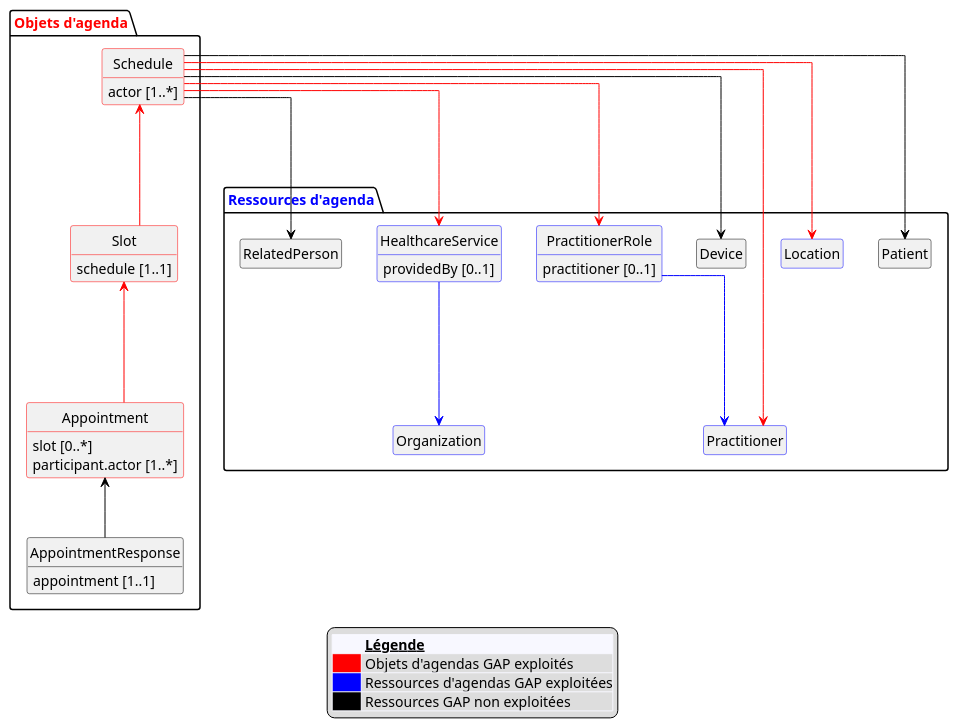
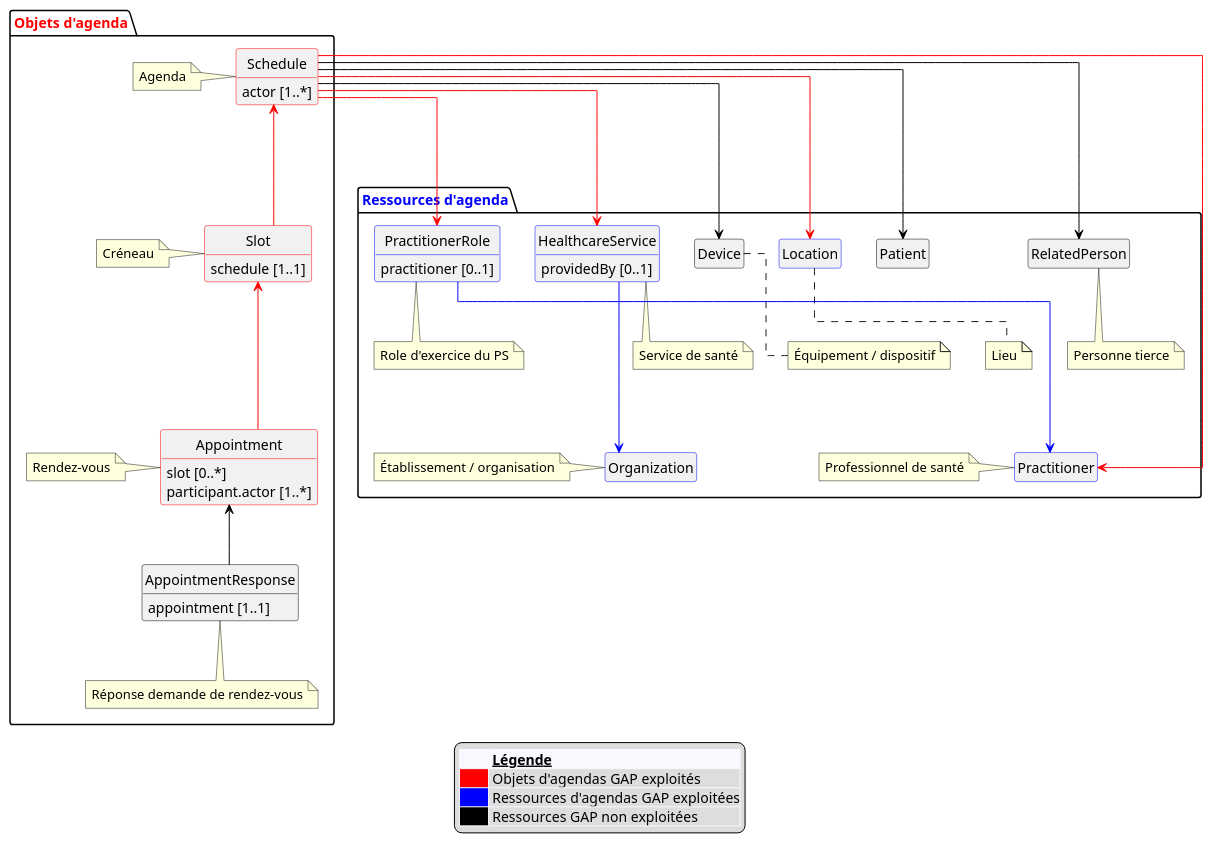
One commit to ansforge/IG-fhir-service-acces-aux-soins changed the diagram in input/images-source/schema_global_ressources_GAP.plantuml. Above: the diagram before and after it, drawn with PlantUML. The commit also changed 14 other files, not shown here.

```diff
--- a/input/images-source/schema_global_ressources_GAP.plantuml
+++ b/input/images-source/schema_global_ressources_GAP.plantuml
@@ -1,76 +1,118 @@
 @startuml
 
 hide circle
 hide empty members
 skinparam linetype ortho
 
 package "Objets d'agenda" as OA #text:red {
 
  class Schedule #line:red {
    actor [1..*]
  }
 
+ note left of Schedule
+   Agenda
+ end note
+
  class Slot #line:red {
    schedule [1..1]
  }
+
+ note left of Slot
+   Créneau
+ end note
 
  class Appointment #line:red {
    slot [0..*]
    participant.actor [1..*]
  }
 
+ note left of Appointment
+   Rendez-vous
+ end note
+
  class AppointmentResponse #line:black {
    appointment [1..1]
  }
 
+ note bottom of AppointmentResponse
+   Réponse demande de rendez-vous
+ end note
+
 }
-     
-package "Ressources d'agenda" as RA #text:blue{
+
+package "Ressources d'agenda" as RA #text:blue {
 
  class Patient #line:black
 
+
  class RelatedPerson #line:black
+
+ note bottom of RelatedPerson
+   Personne tierce
+ end note
 
  class Practitioner #line:blue
 
- class PractitionerRole #line:blue{
-    practitioner [0..1]
+ note left of Practitioner
+   Professionnel de santé
+ end note
+
+ class PractitionerRole #line:blue {
+   practitioner [0..1]
  }
-    
+
+ note bottom of PractitionerRole
+   Role d'exercice du PS
+ end note
 
  class Organization #line:blue
 
+ note left of Organization
+   Établissement / organisation
+ end note
+
  class HealthcareService #line:blue {
-  providedBy [0..1]
+   providedBy [0..1]
  }
 
+ note bottom of HealthcareService
+   Service de santé
+ end note
+
  class Device #line:black
-   
+
+ note bottom of Device
+   Équipement / dispositif
+ end note
+
  class Location #line:blue
 
+ note bottom of Location
+   Lieu
+ end note
+
  PractitionerRole -[#blue]--> Practitioner
-   HealthcareService -[#blue]--> Organization
+ HealthcareService -[#blue]--> Organization
 }
 
-
-
-Schedule  <---[#red] Slot
+Schedule <---[#red] Slot
 Slot <---[#red] Appointment
 Appointment <--[#black] AppointmentResponse
 
 Schedule -[#black]--> Patient
 Schedule -[#black]--> RelatedPerson
 Schedule -[#red]--> Practitioner
 Schedule -[#red]--> PractitionerRole
 Schedule -[#red]--> HealthcareService
 Schedule -[#black]--> Device
 Schedule -[#red]--> Location
 
 legend bottom
     <#GhostWhite,#GhostWhite>|        |= __Légende__ |
     |<#red>| Objets d'agendas GAP exploités|
     |<#blue>| Ressources d'agendas GAP exploitées|
     |<#black>| Ressources GAP non exploitées|
 endlegend
 
 @enduml
```
